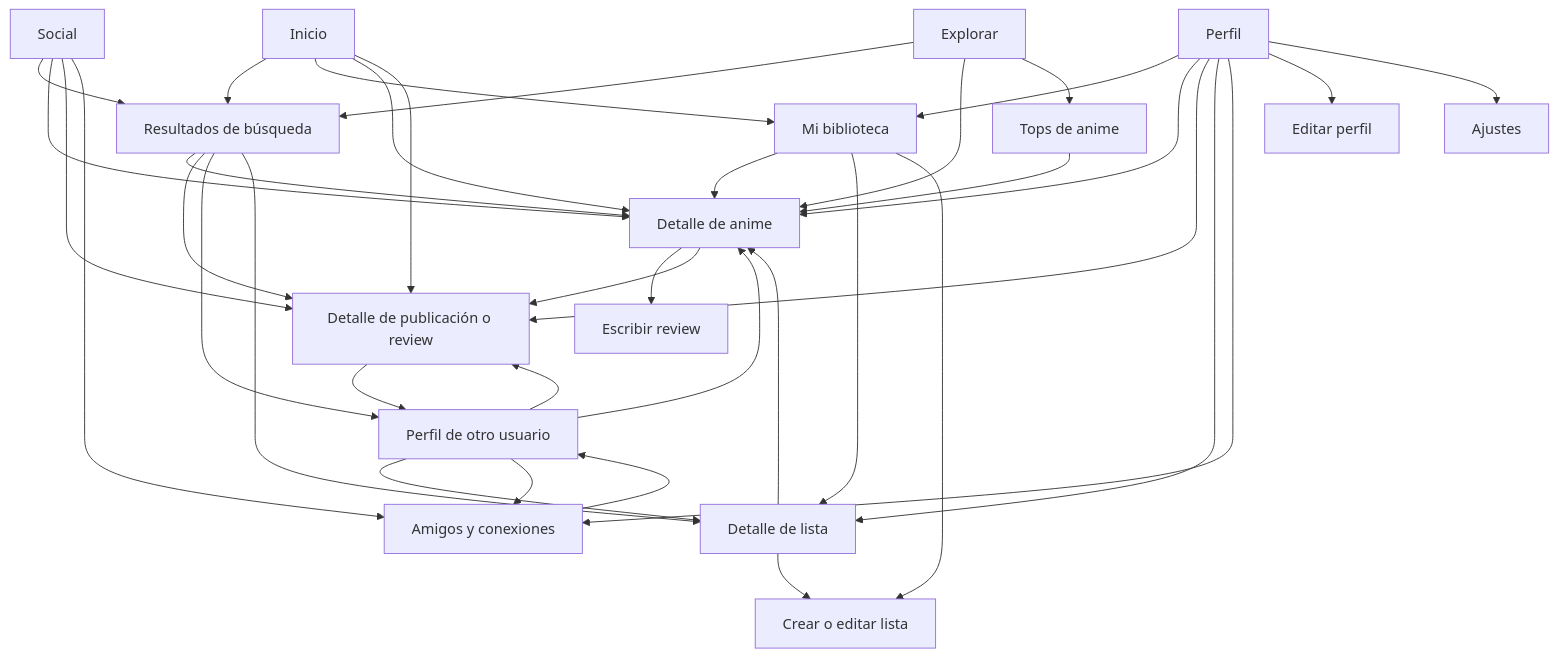
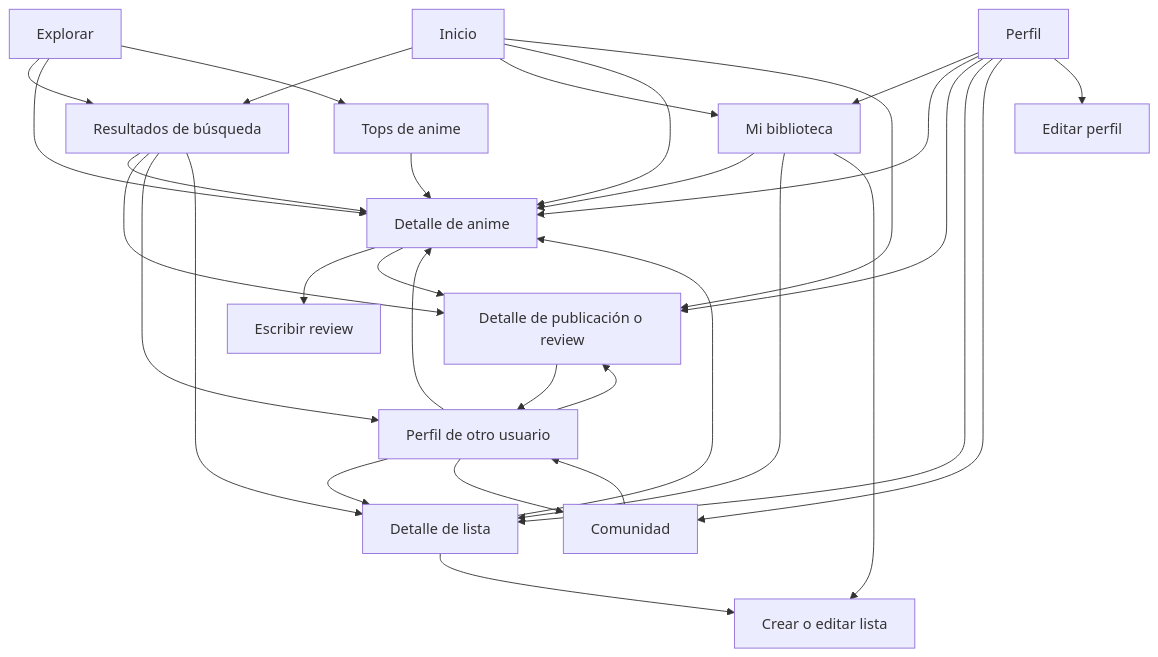
One commit to Feliflachs/ani-ren-app changed the first of 3 diagrams in PANTALLAS.md. Above: the diagram before and after it, drawn with Mermaid. The commit also changed other lines of this file and 27 other files, not shown here.

````diff
--- a/PANTALLAS.md
+++ b/PANTALLAS.md
@@ -398,39 +361,34 @@
 ```mermaid
 flowchart TD
     Inicio --> Busqueda[Resultados de búsqueda]
     Explorar --> Busqueda
-    Social --> Busqueda
     Inicio --> Biblioteca[Mi biblioteca]
     Perfil --> Biblioteca
     Inicio --> Anime[Detalle de anime]
     Explorar --> Anime
-    Social --> Anime
     Perfil --> Anime
     Busqueda --> Anime
     Biblioteca --> Anime
     Anime --> Escribir[Escribir review]
     Inicio --> Publicacion[Detalle de publicación o review]
-    Social --> Publicacion
     Perfil --> Publicacion
     Anime --> Publicacion
     Busqueda --> Publicacion
     Publicacion --> Usuario[Perfil de otro usuario]
     Busqueda --> Usuario
     Usuario --> Anime
     Usuario --> Publicacion
     Explorar --> Tops[Tops de anime]
     Tops --> Anime
     Biblioteca --> Lista[Detalle de lista]
     Perfil --> Lista
     Usuario --> Lista
     Busqueda --> Lista
     Lista --> EditarLista[Crear o editar lista]
     Biblioteca --> EditarLista
     Lista --> Anime
-    Social --> Comunidad[Amigos y conexiones]
     Perfil --> Comunidad
     Usuario --> Comunidad
     Comunidad --> Usuario
     Perfil --> EditarPerfil[Editar perfil]
-    Perfil --> Ajustes
 ```
````
